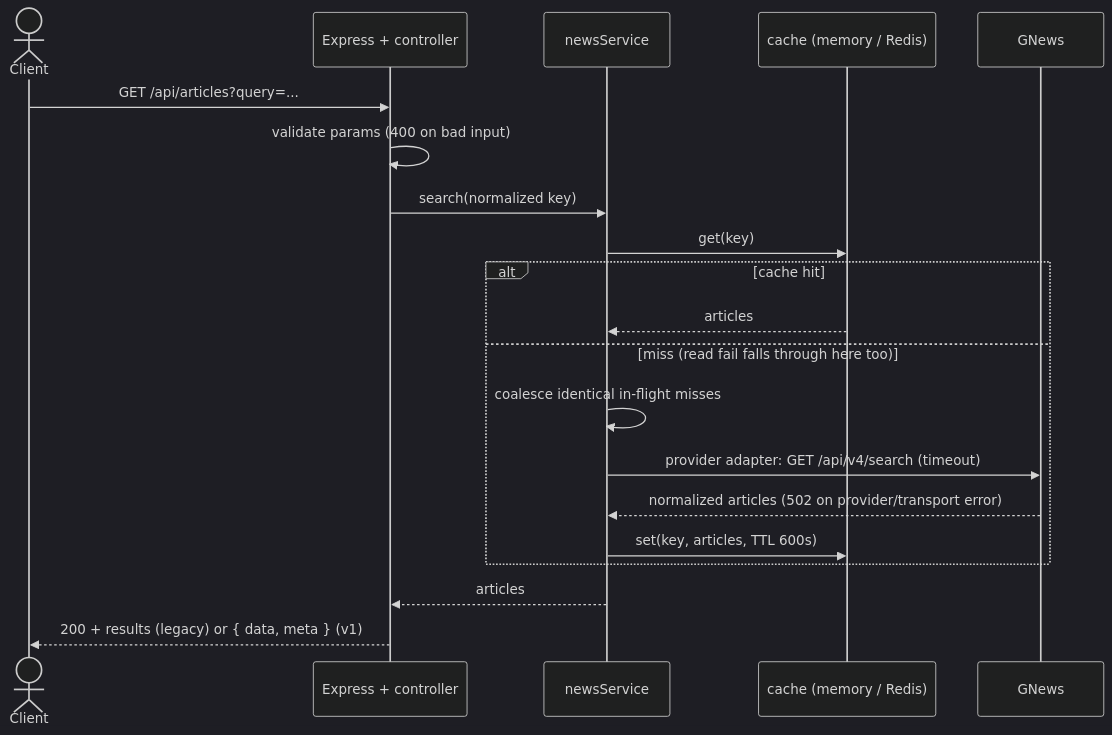
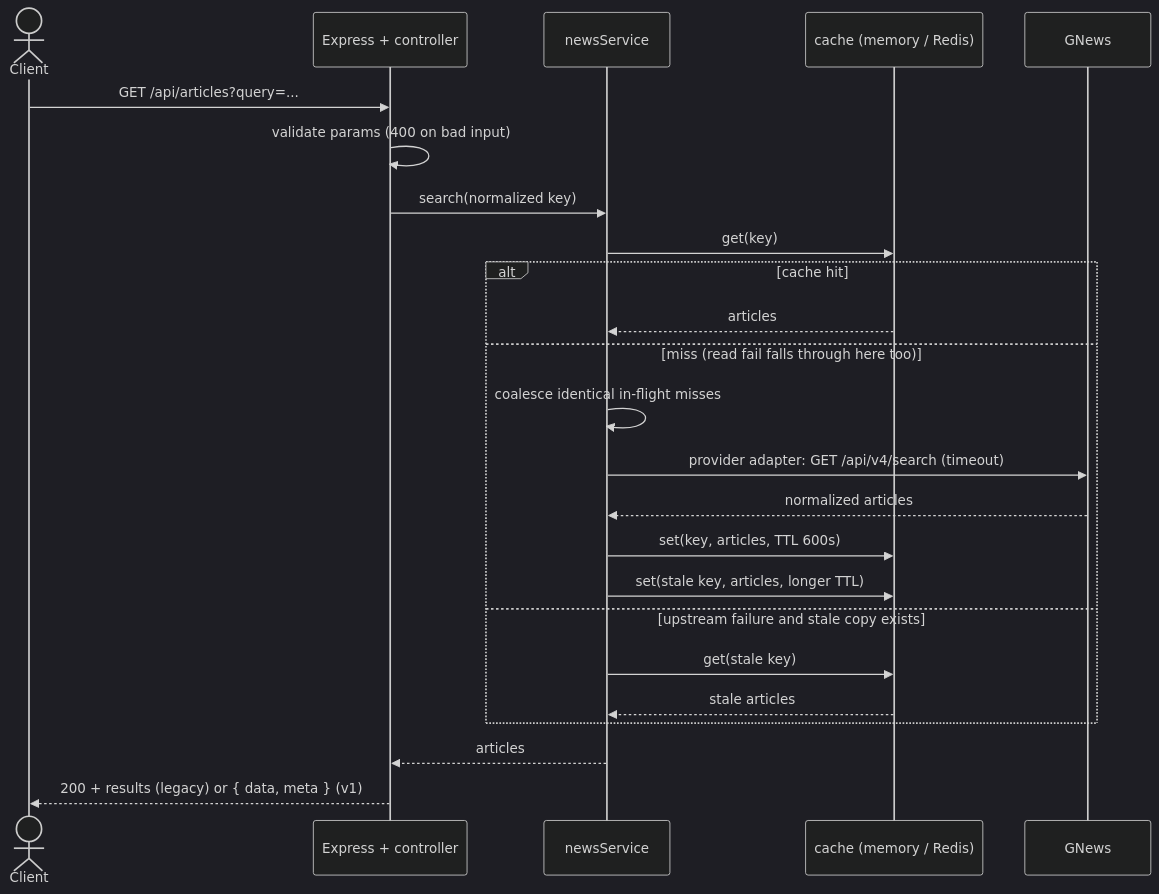
One commit to AlisinaDevelo/news-api changed the second of 3 diagrams in docs/ARCHITECTURE.md. Above: the diagram before and after it, drawn with Mermaid (dark theme). The commit also changed other lines of this file and 9 other files, not shown here.

Commit message:
feat(cache): serve stale articles on upstream failure

````diff
--- a/docs/ARCHITECTURE.md
+++ b/docs/ARCHITECTURE.md
@@ -30,23 +30,27 @@
 ```mermaid
 sequenceDiagram
   actor Client
   participant API as Express + controller
   participant Svc as newsService
   participant Cache as cache (memory / Redis)
   participant GNews
 
   Client->>API: GET /api/articles?query=...
   API->>API: validate params (400 on bad input)
   API->>Svc: search(normalized key)
   Svc->>Cache: get(key)
   alt cache hit
     Cache-->>Svc: articles
   else miss (read fail falls through here too)
     Svc->>Svc: coalesce identical in-flight misses
     Svc->>GNews: provider adapter: GET /api/v4/search (timeout)
-    GNews-->>Svc: normalized articles  (502 on provider/transport error)
+    GNews-->>Svc: normalized articles
     Svc->>Cache: set(key, articles, TTL 600s)
+    Svc->>Cache: set(stale key, articles, longer TTL)
+  else upstream failure and stale copy exists
+    Svc->>Cache: get(stale key)
+    Cache-->>Svc: stale articles
   end
   Svc-->>API: articles
   API-->>Client: 200 + results (legacy) or { data, meta } (v1)
 ```
````
